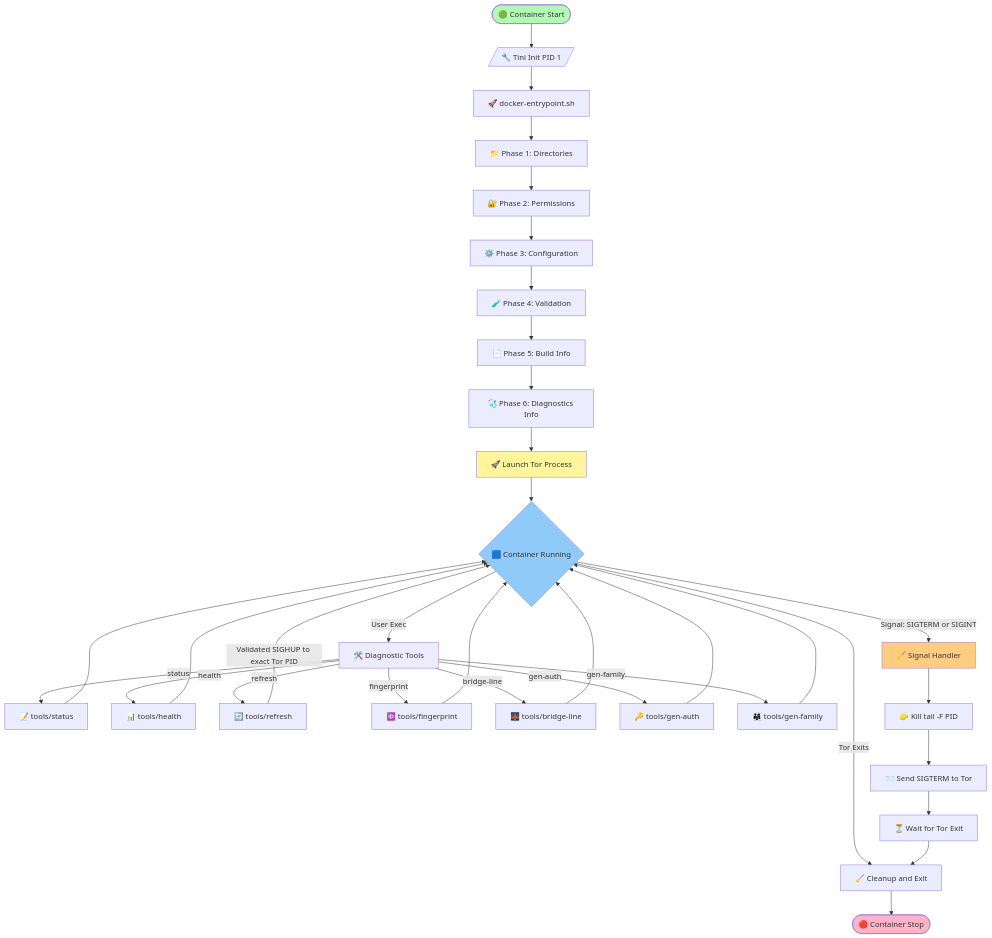
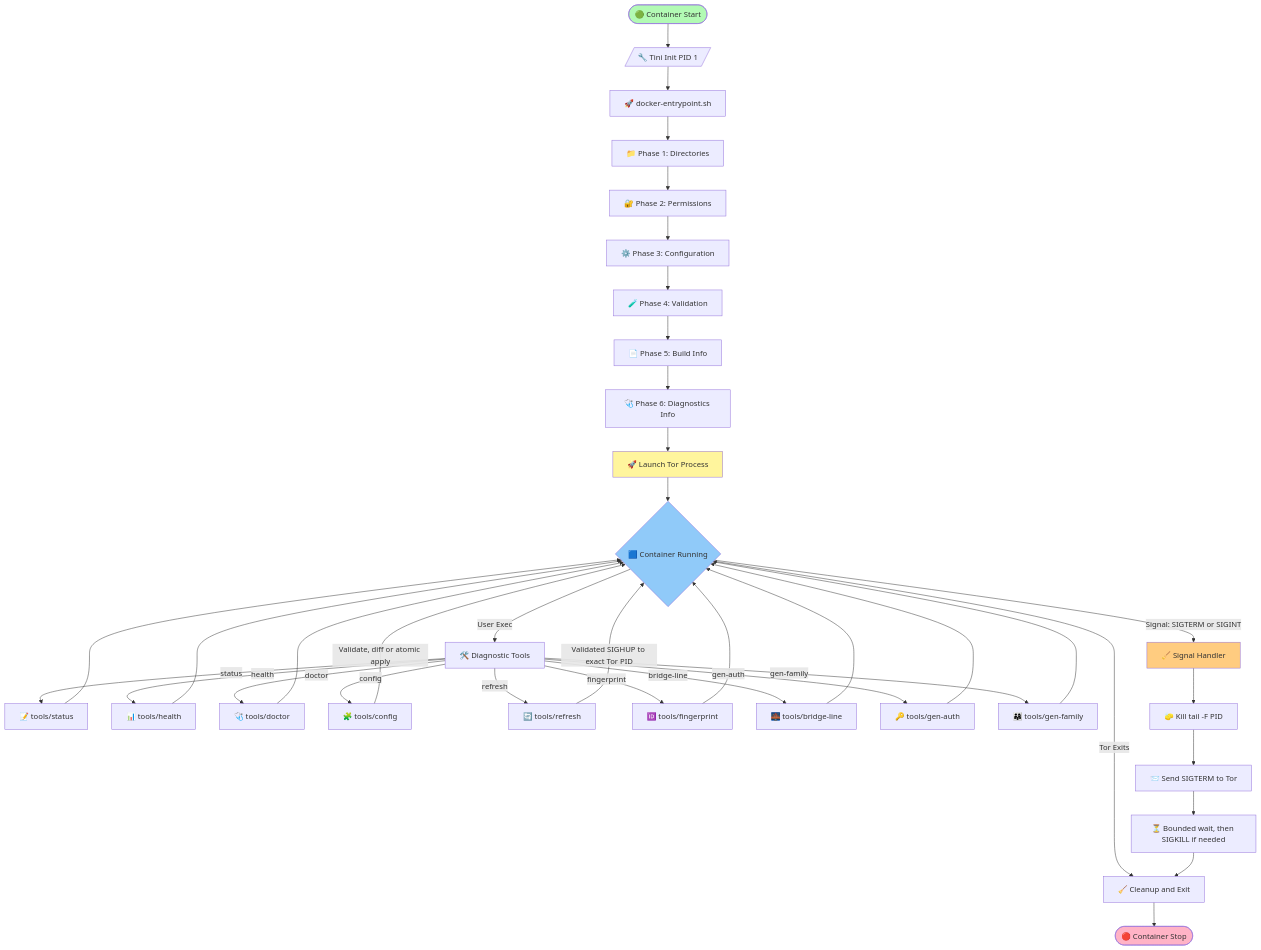
One commit to r3bo0tbx1/tor-guard-relay changed the first of 15 diagrams in docs/ARCHITECTURE.md. Above: the diagram before and after it, drawn with Mermaid. The commit also changed other lines of this file and 87 other files, not shown here.

````diff
--- a/docs/ARCHITECTURE.md
+++ b/docs/ARCHITECTURE.md
@@ -37,47 +49,51 @@
 ```mermaid
 flowchart TD
     Start([🟢 Container Start]) --> Tini[/🔧 Tini Init PID 1/]
     Tini --> Entrypoint[🚀 docker-entrypoint.sh]
 
     Entrypoint --> Phase1[📁 Phase 1: Directories]
     Phase1 --> Phase2[🔐 Phase 2: Permissions]
     Phase2 --> Phase3[⚙️ Phase 3: Configuration]
     Phase3 --> Phase4[🧪 Phase 4: Validation]
     Phase4 --> Phase5[📄 Phase 5: Build Info]
     Phase5 --> Phase6[🩺 Phase 6: Diagnostics Info]
     Phase6 --> TorStart[🚀 Launch Tor Process]
 
     TorStart --> Running{🟦 Container Running}
 
     Running -->|Signal: SIGTERM or SIGINT| Trap[🧹 Signal Handler]
     Running -->|Tor Exits| Cleanup
     Running -->|User Exec| DiagTools[🛠️ Diagnostic Tools]
 
     DiagTools -->|status| StatusTool[📝 tools/status]
     DiagTools -->|health| HealthTool[📊 tools/health]
+    DiagTools -->|doctor| DoctorTool[🩺 tools/doctor]
+    DiagTools -->|config| ConfigTool[🧩 tools/config]
     DiagTools -->|refresh| RefreshTool[🔄 tools/refresh]
     DiagTools -->|fingerprint| FingerprintTool[🆔 tools/fingerprint]
     DiagTools -->|bridge-line| BridgeTool[🌉 tools/bridge-line]
     DiagTools -->|gen-auth| GenAuthTool[🔑 tools/gen-auth]
     DiagTools -->|gen-family| GenFamilyTool[👨‍👩‍👧 tools/gen-family]
 
     StatusTool --> Running
     HealthTool --> Running
+    DoctorTool --> Running
+    ConfigTool -->|Validate, diff or atomic apply| Running
     RefreshTool -->|Validated SIGHUP to exact Tor PID| Running
     FingerprintTool --> Running
     BridgeTool --> Running
     GenAuthTool --> Running
     GenFamilyTool --> Running
 
     Trap --> StopTail[🧽 Kill tail -F PID]
     StopTail --> StopTor[📨 Send SIGTERM to Tor]
-    StopTor --> Wait[⏳ Wait for Tor Exit]
+    StopTor --> Wait[⏳ Bounded wait, then SIGKILL if needed]
     Wait --> Cleanup[🧹 Cleanup and Exit]
     Cleanup --> End([🔴 Container Stop])
 
     style Start fill:#b2fab4
     style End fill:#ffb3c6
     style Running fill:#90caf9
     style TorStart fill:#fff59d
     style Trap fill:#ffcc80
 ```
````
